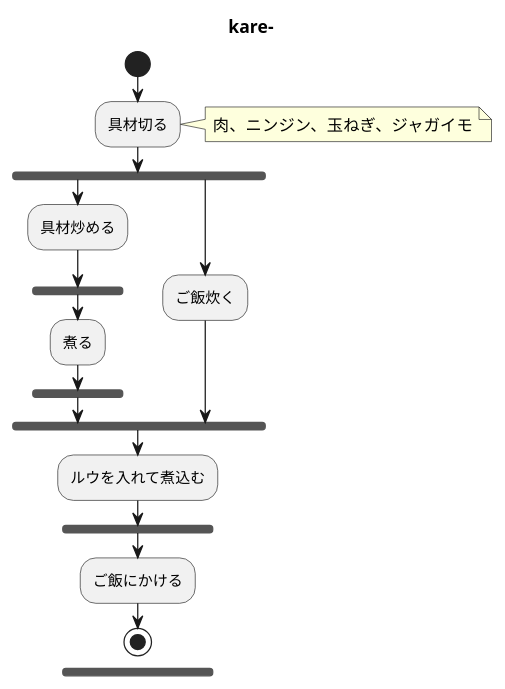
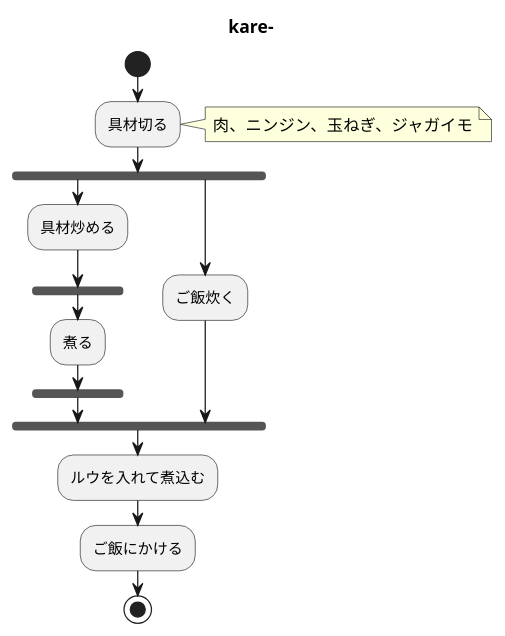
Before and after one commit to kou-hei/uml-introduction: the diagram in 例題7/7章練習_ACカレーライス.pu, drawn with PlantUML.

Commit message:
あ

```diff
--- a/例題7/7章練習_ACカレーライス.pu
+++ b/例題7/7章練習_ACカレーライス.pu
@@ -1,20 +1,20 @@
 @startuml kare-
 title kare-
 start
 :具材切る;
 note right
 肉、ニンジン、玉ねぎ、ジャガイモ
 end note
 fork
 :具材炒める;
 fork
 :煮る;
 end fork
 fork again
 :ご飯炊く;
 end fork
 :ルウを入れて煮込む;
-fork
+
 :ご飯にかける;
 stop
 @enduml
```
